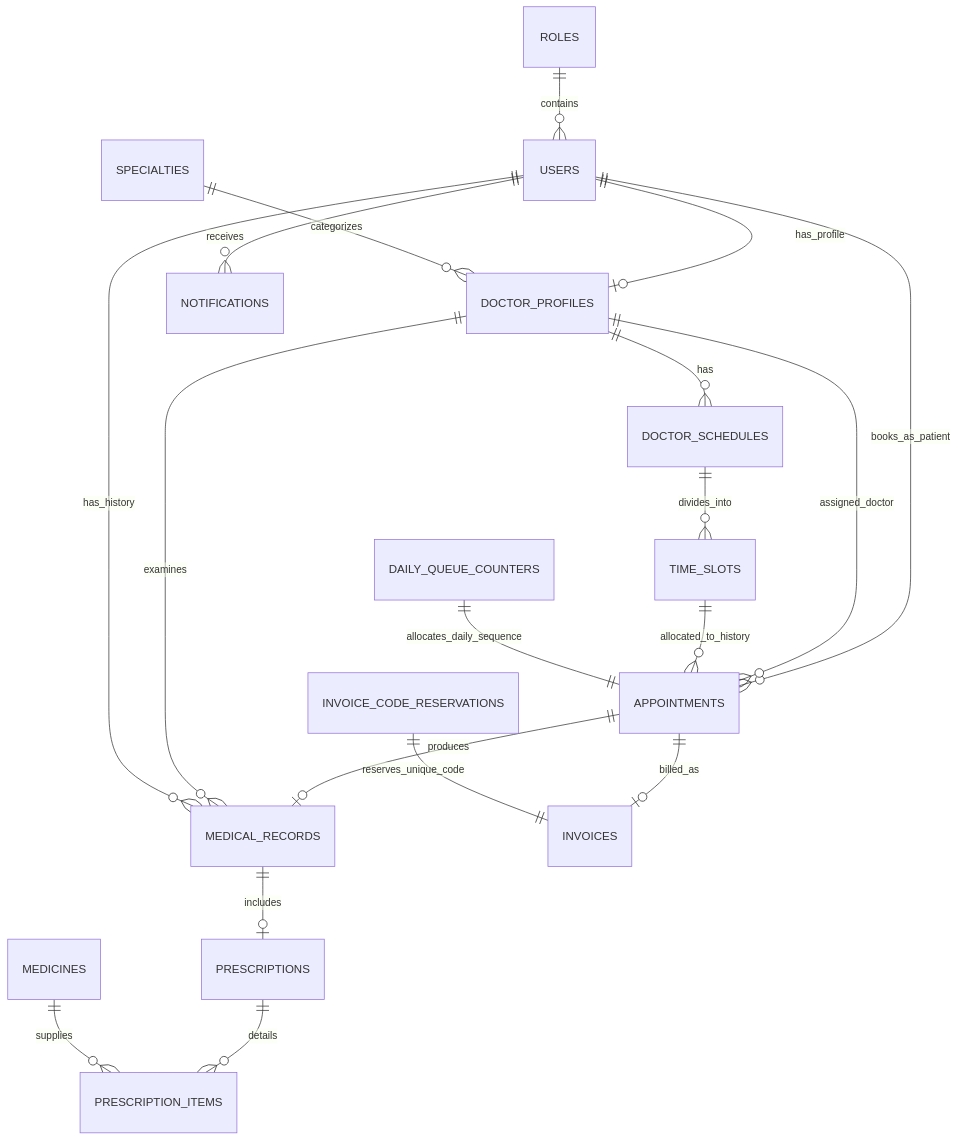
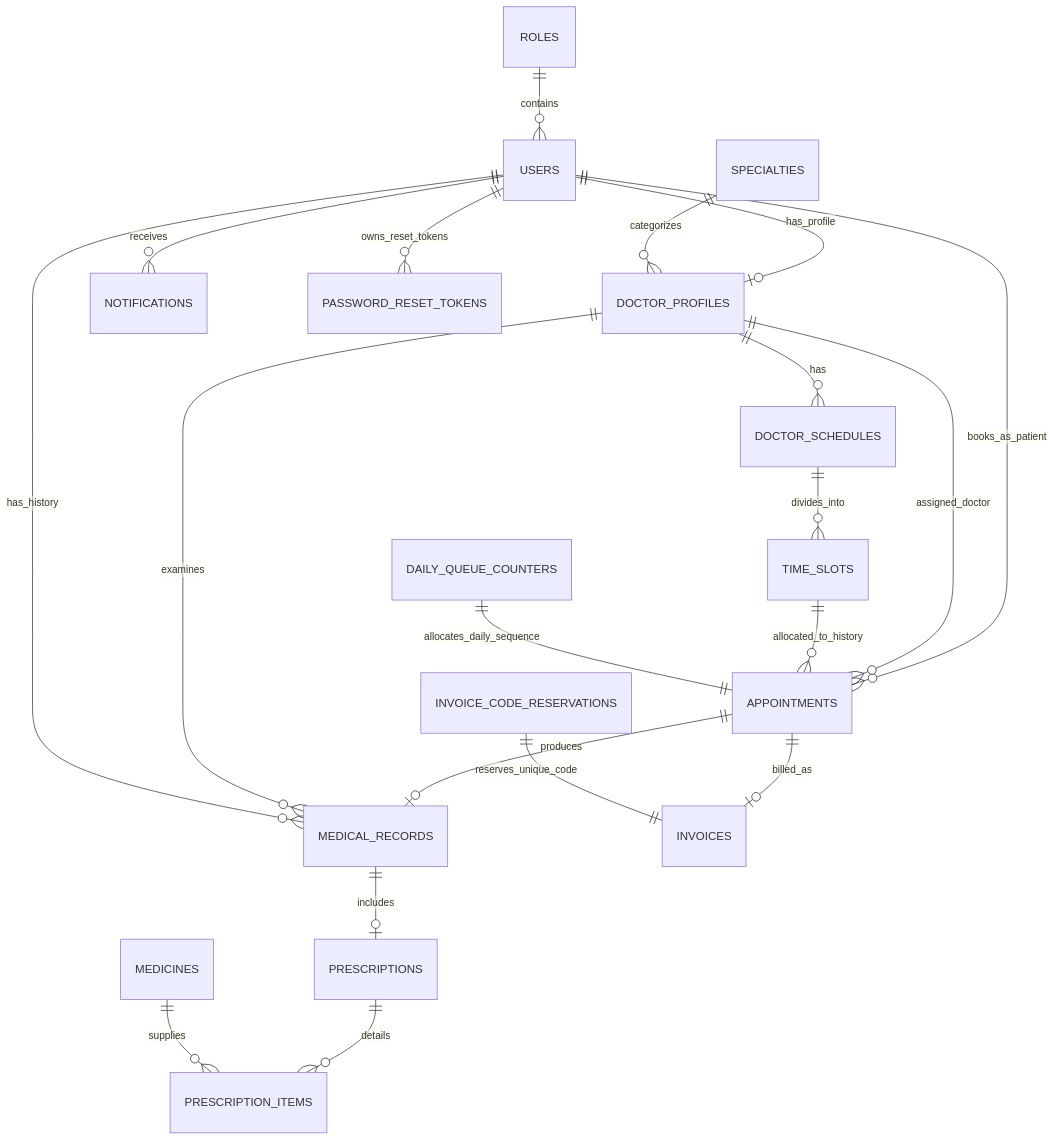
The diagram in docs/03_DATABASE_DESIGN_3NF.md (tranducanhyn99-prog/medclinic-system), drawn with Mermaid before and after one commit. The commit also changed other lines of this file and 12 other files, not shown here.

````diff
--- a/docs/03_DATABASE_DESIGN_3NF.md
+++ b/docs/03_DATABASE_DESIGN_3NF.md
@@ -10,25 +10,26 @@
 ```mermaid
 erDiagram
     ROLES ||--o{ USERS : "contains"
     USERS ||--o| DOCTOR_PROFILES : "has_profile"
     SPECIALTIES ||--o{ DOCTOR_PROFILES : "categorizes"
     DOCTOR_PROFILES ||--o{ DOCTOR_SCHEDULES : "has"
     DOCTOR_SCHEDULES ||--o{ TIME_SLOTS : "divides_into"
 
     USERS ||--o{ APPOINTMENTS : "books_as_patient"
     DOCTOR_PROFILES ||--o{ APPOINTMENTS : "assigned_doctor"
     TIME_SLOTS ||--o{ APPOINTMENTS : "allocated_to_history"
 
     APPOINTMENTS ||--o| MEDICAL_RECORDS : "produces"
     DOCTOR_PROFILES ||--o{ MEDICAL_RECORDS : "examines"
     USERS ||--o{ MEDICAL_RECORDS : "has_history"
 
     MEDICAL_RECORDS ||--o| PRESCRIPTIONS : "includes"
     PRESCRIPTIONS ||--o{ PRESCRIPTION_ITEMS : "details"
     MEDICINES ||--o{ PRESCRIPTION_ITEMS : "supplies"
 
     APPOINTMENTS ||--o| INVOICES : "billed_as"
     DAILY_QUEUE_COUNTERS ||--|| APPOINTMENTS : "allocates_daily_sequence"
     INVOICE_CODE_RESERVATIONS ||--|| INVOICES : "reserves_unique_code"
     USERS ||--o{ NOTIFICATIONS : "receives"
+    USERS ||--o{ PASSWORD_RESET_TOKENS : "owns_reset_tokens"
 ```
````
